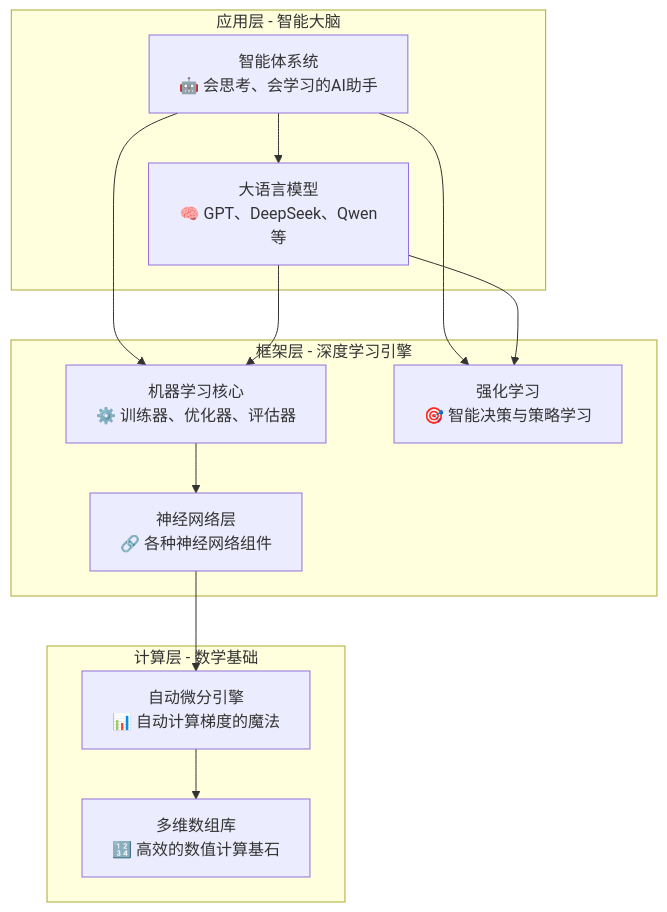
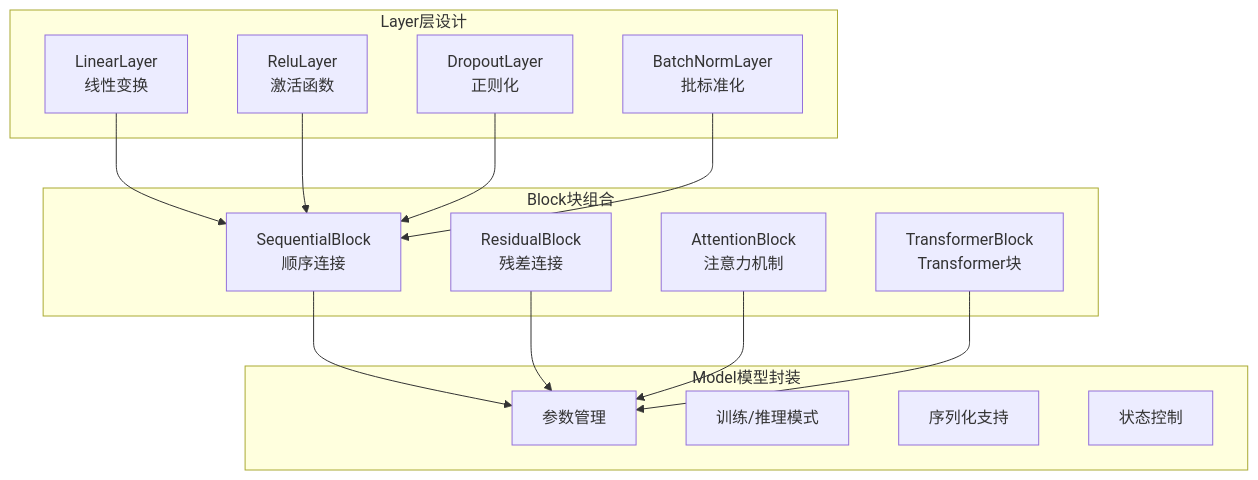
One commit to Leavesfly/TinyAI changed the third of 11 diagrams in TinyAI技术分享文章.md. Above: the diagram before and after it, drawn with Mermaid. The commit also changed other lines of this file and 1 other file, not shown here.

````diff
--- a/TinyAI技术分享文章.md
+++ b/TinyAI技术分享文章.md
@@ -23,27 +208,33 @@
 ```mermaid
 graph TB
-    subgraph "应用层 - 智能大脑"
-        Agent[智能体系统<br/>🤖 会思考、会学习的AI助手]
-        Model[大语言模型<br/>🧠 GPT、DeepSeek、Qwen等]
+    subgraph "Layer层设计"
+        L1[LinearLayer<br/>线性变换]
+        L2[ReluLayer<br/>激活函数]
+        L3[DropoutLayer<br/>正则化]
+        L4[BatchNormLayer<br/>批标准化]
     end
     
-    subgraph "框架层 - 深度学习引擎"
-        ML[机器学习核心<br/>⚙️ 训练器、优化器、评估器]
-        NN[神经网络层<br/>🔗 各种神经网络组件]
-        RL[强化学习<br/>🎯 智能决策与策略学习]
+    subgraph "Block块组合"
+        B1[SequentialBlock<br/>顺序连接]
+        B2[ResidualBlock<br/>残差连接]
+        B3[AttentionBlock<br/>注意力机制]
+        B4[TransformerBlock<br/>Transformer块]
     end
     
-    subgraph "计算层 - 数学基础"
-        Func[自动微分引擎<br/>📊 自动计算梯度的魔法]
-        NdArray[多维数组库<br/>🔢 高效的数值计算基石]
+    subgraph "Model模型封装"
+        M1[参数管理]
+        M2[训练/推理模式]
+        M3[序列化支持]
+        M4[状态控制]
     end
     
-    Agent --> ML
-    Agent --> RL
-    Agent --> Model
-    Model --> ML
-    Model --> RL
-    ML --> NN
-    NN --> Func
-    Func --> NdArray
+    L1 --> B1
+    L2 --> B1
+    L3 --> B1
+    L4 --> B1
+    
+    B1 --> M1
+    B2 --> M1
+    B3 --> M1
+    B4 --> M1
 ```
````
